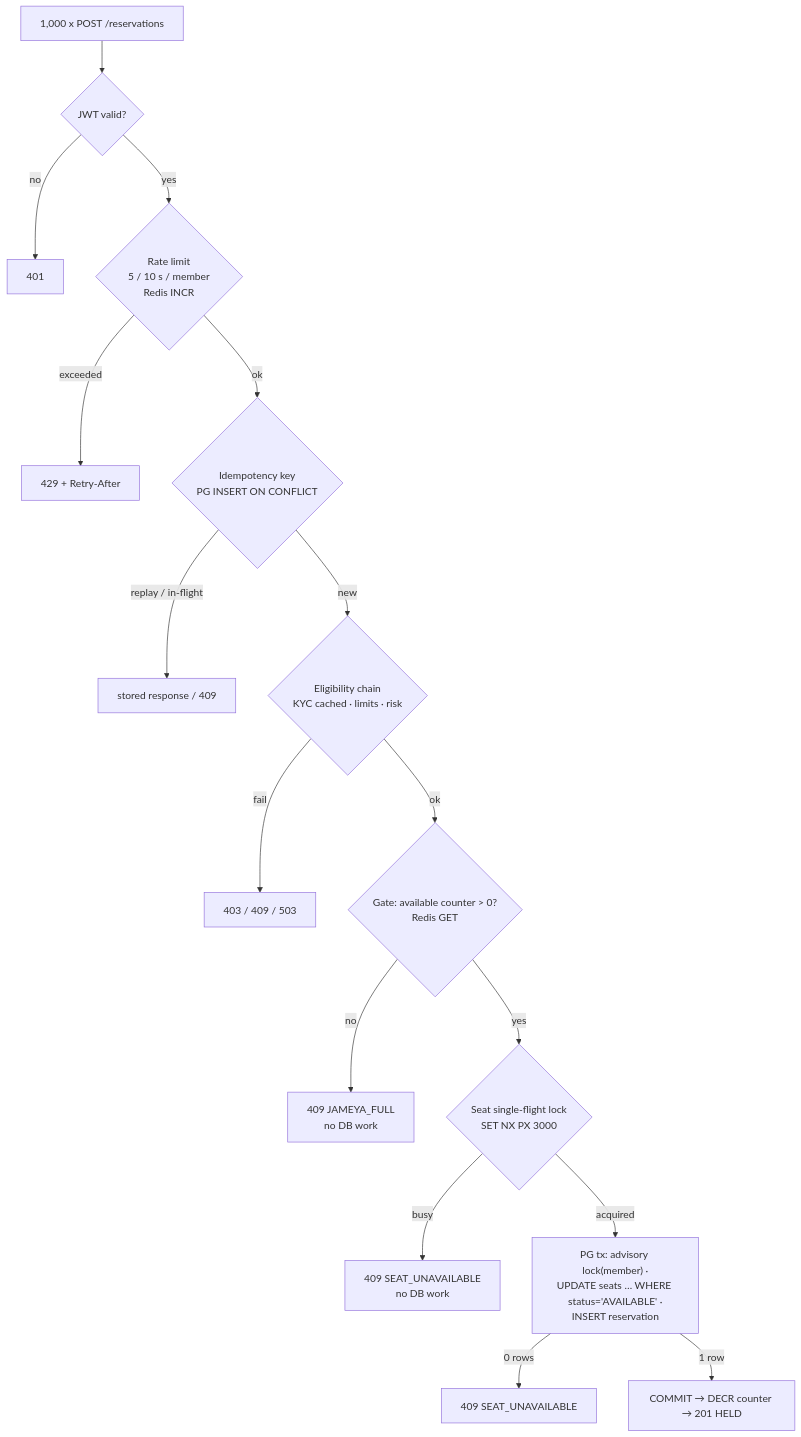
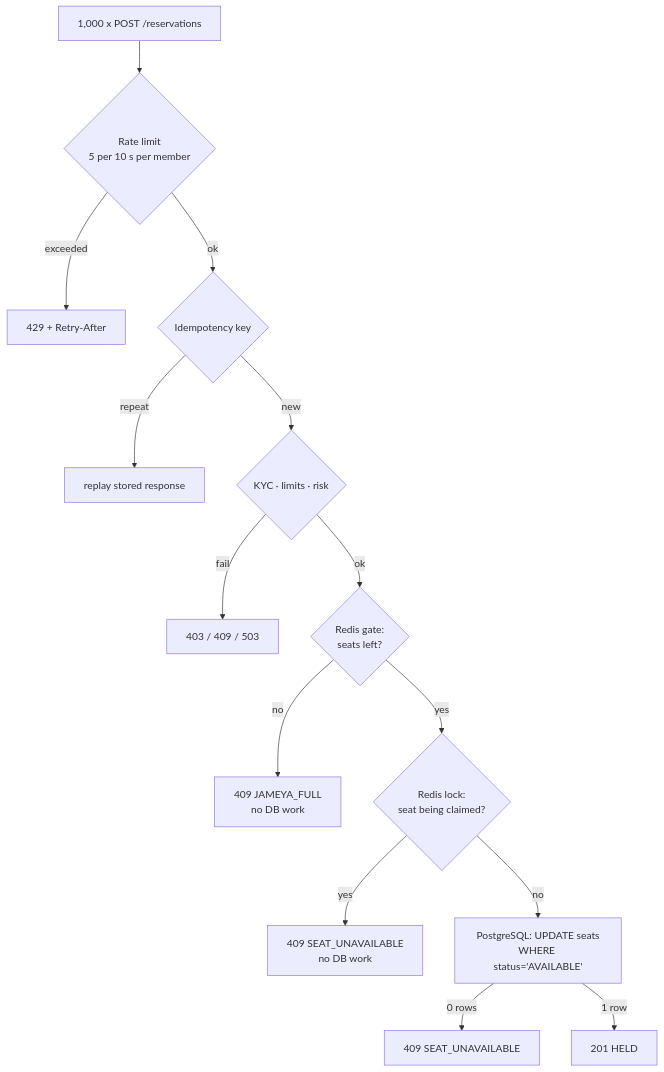
One commit to ehamamrah/Pokunity changed the diagram in docs/contention/high-contention.md. Above: the diagram before and after it, drawn with Mermaid. The commit also changed other lines of this file and 7 other files, not shown here.

````diff
--- a/docs/contention/high-contention.md
+++ b/docs/contention/high-contention.md
@@ -13,18 +11,16 @@
 ```mermaid
 flowchart TD
-  A[1,000 x POST /reservations] --> B{JWT valid?}
-  B -- no --> X1[401]
-  B -- yes --> C{Rate limit<br/>5 / 10 s / member<br/>Redis INCR}
+  A[1,000 x POST /reservations] --> C{Rate limit<br/>5 per 10 s per member}
   C -- exceeded --> X2[429 + Retry-After]
-  C -- ok --> D{Idempotency key<br/>PG INSERT ON CONFLICT}
-  D -- replay / in-flight --> X3[stored response / 409]
-  D -- new --> E{Eligibility chain<br/>KYC cached · limits · risk}
+  C -- ok --> D{Idempotency key}
+  D -- repeat --> X3[replay stored response]
+  D -- new --> E{KYC · limits · risk}
   E -- fail --> X4[403 / 409 / 503]
-  E -- ok --> F{Gate: available counter > 0?<br/>Redis GET}
+  E -- ok --> F{Redis gate:<br/>seats left?}
   F -- no --> X5[409 JAMEYA_FULL<br/>no DB work]
-  F -- yes --> G{Seat single-flight lock<br/>SET NX PX 3000}
-  G -- busy --> X6[409 SEAT_UNAVAILABLE<br/>no DB work]
-  G -- acquired --> H["PG tx: advisory lock(member) ·<br/>UPDATE seats … WHERE status='AVAILABLE' ·<br/>INSERT reservation"]
+  F -- yes --> G{Redis lock:<br/>seat being claimed?}
+  G -- yes --> X6[409 SEAT_UNAVAILABLE<br/>no DB work]
+  G -- no --> H["PostgreSQL: UPDATE seats<br/>WHERE status='AVAILABLE'"]
   H -- 0 rows --> X7[409 SEAT_UNAVAILABLE]
-  H -- 1 row --> I[COMMIT → DECR counter → 201 HELD]
+  H -- 1 row --> I[201 HELD]
 ```
````
